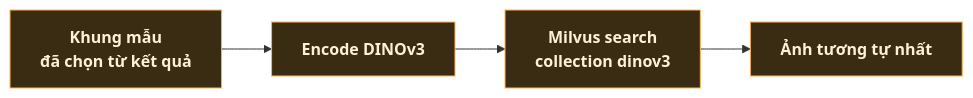
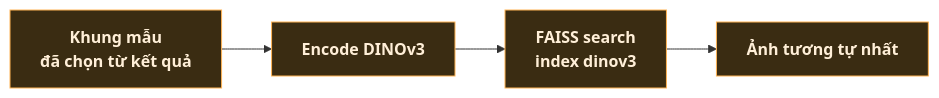
The fifth of 6 diagrams in PIPELINE.md (manhdungcr7/RTC_SYSTEM), drawn with Mermaid before and after one commit. The commit also changed other lines of this file and 23 other files, not shown here.

````diff
--- a/PIPELINE.md
+++ b/PIPELINE.md
@@ -190,5 +190,5 @@
 ```mermaid
 flowchart LR
   classDef online fill:#3a2c12,stroke:#ffb454,color:#ffefd8,font-weight:600;
-  IMG["Khung mẫu<br/>đã chọn từ kết quả"]:::online --> DINO["Encode DINOv3"]:::online --> SIM["Milvus search<br/>collection dinov3"]:::online --> RES["Ảnh tương tự nhất"]:::online
+  IMG["Khung mẫu<br/>đã chọn từ kết quả"]:::online --> DINO["Encode DINOv3"]:::online --> SIM["FAISS search<br/>index dinov3"]:::online --> RES["Ảnh tương tự nhất"]:::online
 ```
````
